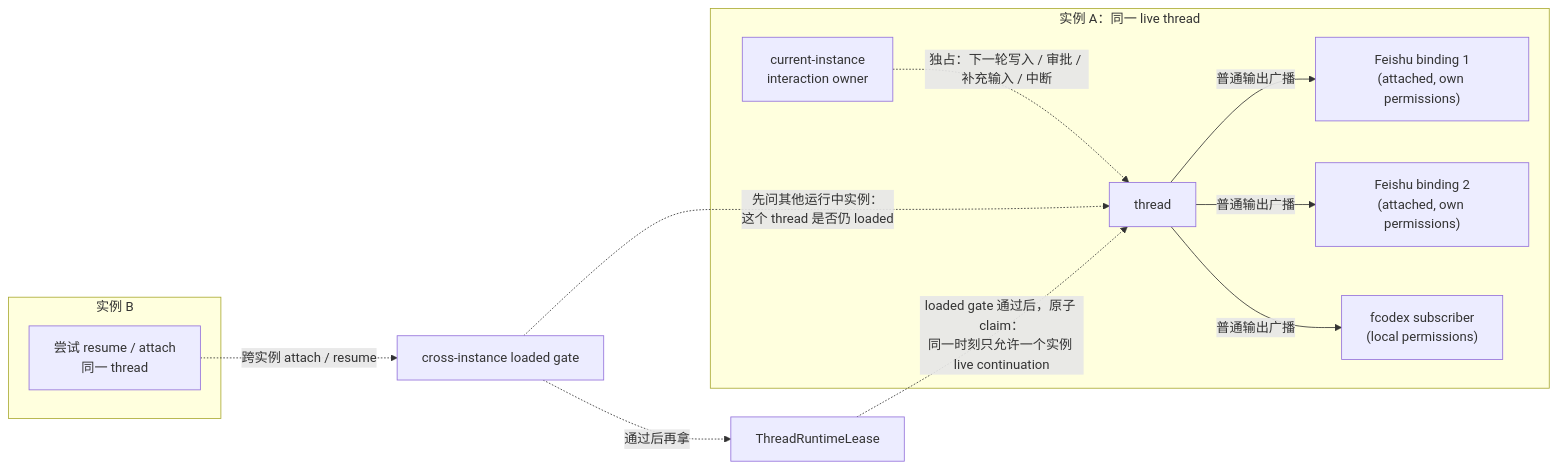
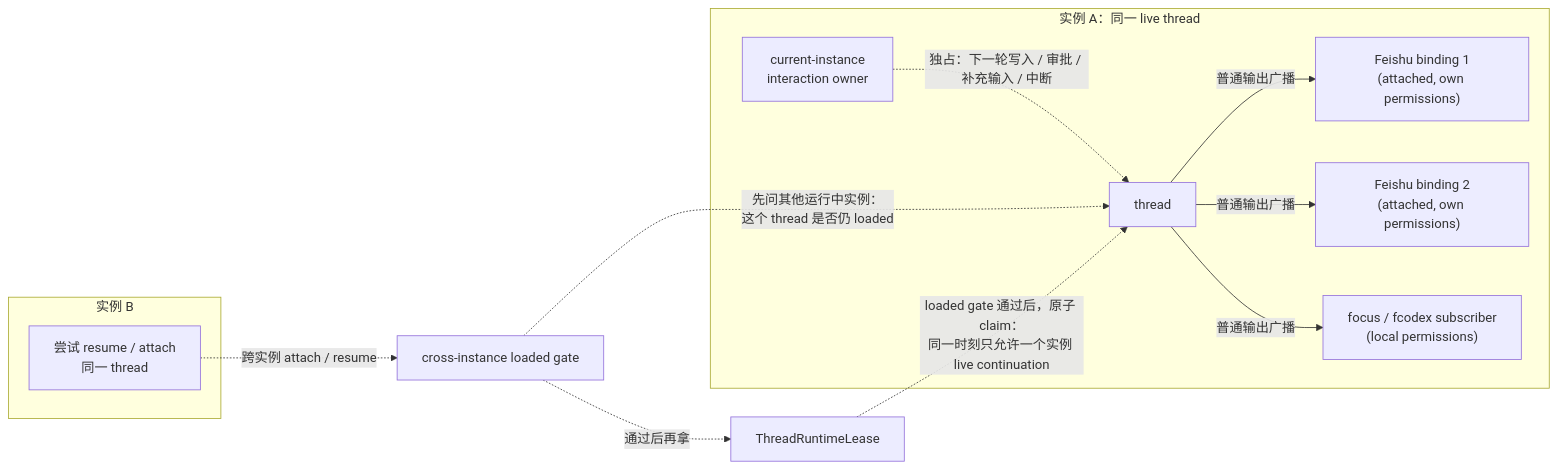
The second of 2 diagrams in README.md (ZichaoLong/focus), drawn with Mermaid before and after one commit. The commit also changed other lines of this file and 110 other files, not shown here.

````diff
--- a/README.md
+++ b/README.md
@@ -299,28 +303,28 @@
 ```mermaid
 flowchart LR
   subgraph A["实例 A：同一 live thread"]
     F1["Feishu binding 1<br/>(attached, own permissions)"]
     F2["Feishu binding 2<br/>(attached, own permissions)"]
-    TUI["fcodex subscriber<br/>(local permissions)"]
+    TUI["focus / fcodex subscriber<br/>(local permissions)"]
     Thread["thread"]
     Owner["current-instance<br/>interaction owner"]
   end
 
   subgraph B["实例 B"]
     Other["尝试 resume / attach<br/>同一 thread"]
   end
 
   Gate["cross-instance loaded gate"]
   Lease["ThreadRuntimeLease"]
 
   Thread -->|"普通输出广播"| F1
   Thread -->|"普通输出广播"| F2
   Thread -->|"普通输出广播"| TUI
 
   Owner -. "独占：下一轮写入 / 审批 / 补充输入 / 中断" .-> Thread
 
   Gate -. "先问其他运行中实例：<br/>这个 thread 是否仍 loaded" .-> Thread
   Lease -. "loaded gate 通过后，原子 claim：<br/>同一时刻只允许一个实例 live continuation" .-> Thread
   Other -. "跨实例 attach / resume" .-> Gate
   Gate -. "通过后再拿" .-> Lease
 ```
````
